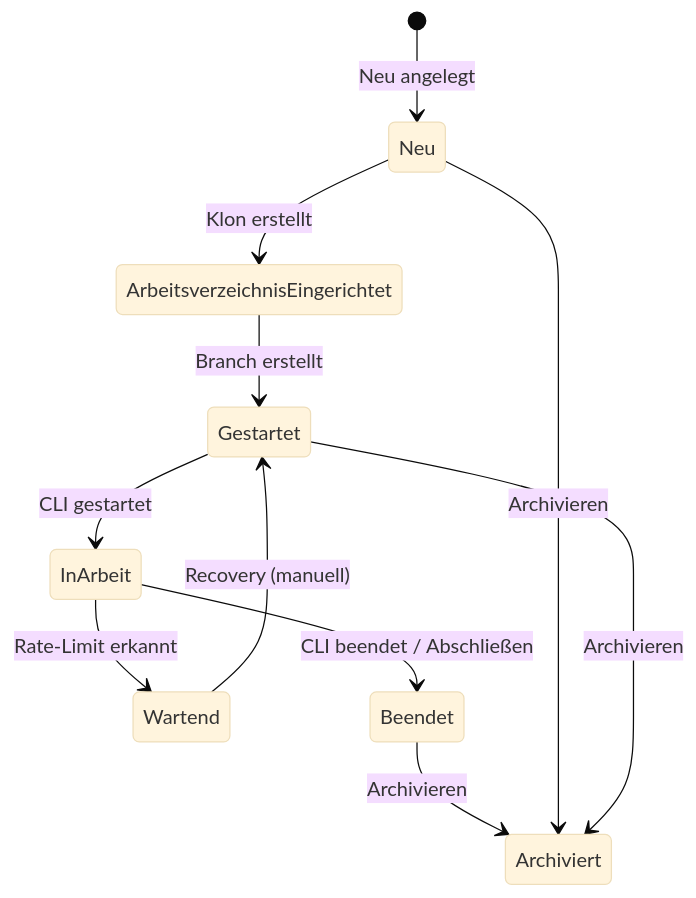
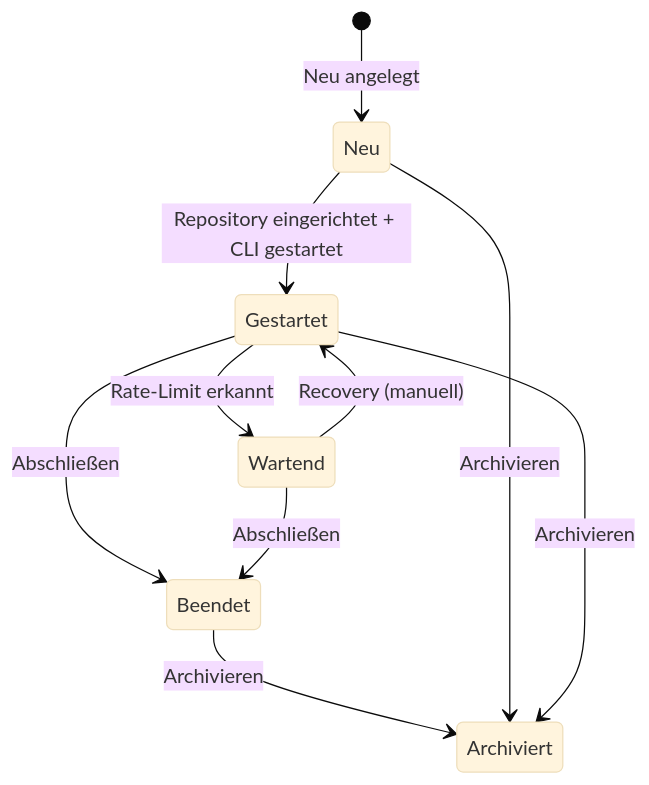
One commit to martin-stromberg/Softwareschmiede changed the first of 2 diagrams in docs/help/aufgaben/datenmodell.md. Above: the diagram before and after it, drawn with Mermaid (base theme). The commit also changed 23 other files, not shown here.

````diff
--- a/docs/help/aufgaben/datenmodell.md
+++ b/docs/help/aufgaben/datenmodell.md
@@ -52,13 +52,12 @@
 ```mermaid
 stateDiagram-v2
     [*] --> Neu : Neu angelegt
-    Neu --> ArbeitsverzeichnisEingerichtet : Klon erstellt
-    ArbeitsverzeichnisEingerichtet --> Gestartet : Branch erstellt
-    Gestartet --> InArbeit : CLI gestartet
-    InArbeit --> Wartend : Rate-Limit erkannt
-    InArbeit --> Beendet : CLI beendet / Abschließen
+    Neu --> Gestartet : Repository eingerichtet + CLI gestartet
+    Gestartet --> Wartend : Rate-Limit erkannt
+    Gestartet --> Beendet : Abschließen
+    Wartend --> Beendet : Abschließen
     Wartend --> Gestartet : Recovery (manuell)
     Beendet --> Archiviert : Archivieren
     Neu --> Archiviert : Archivieren
     Gestartet --> Archiviert : Archivieren
 ```
````
